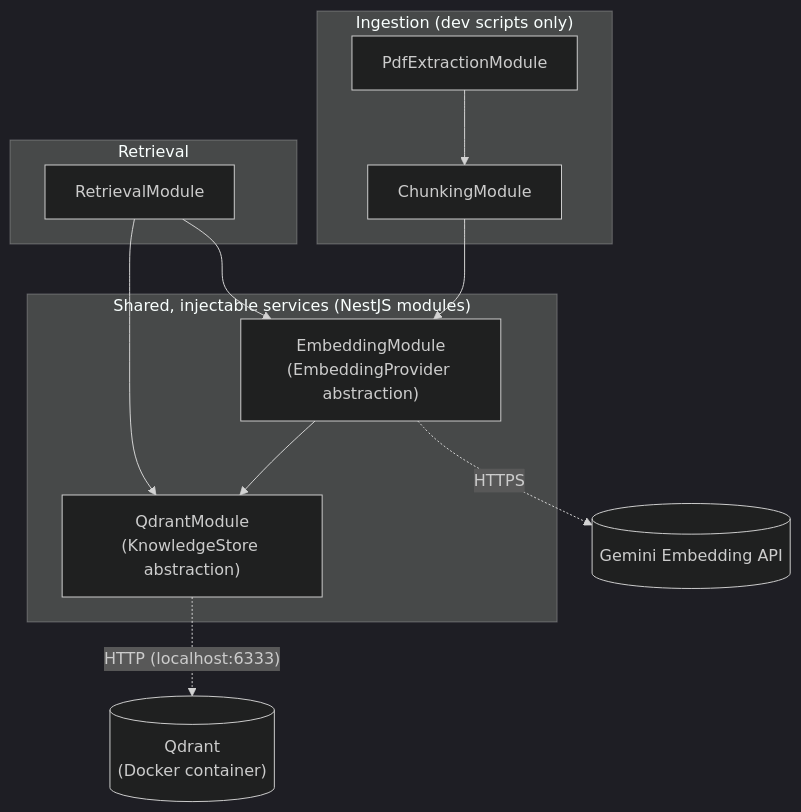
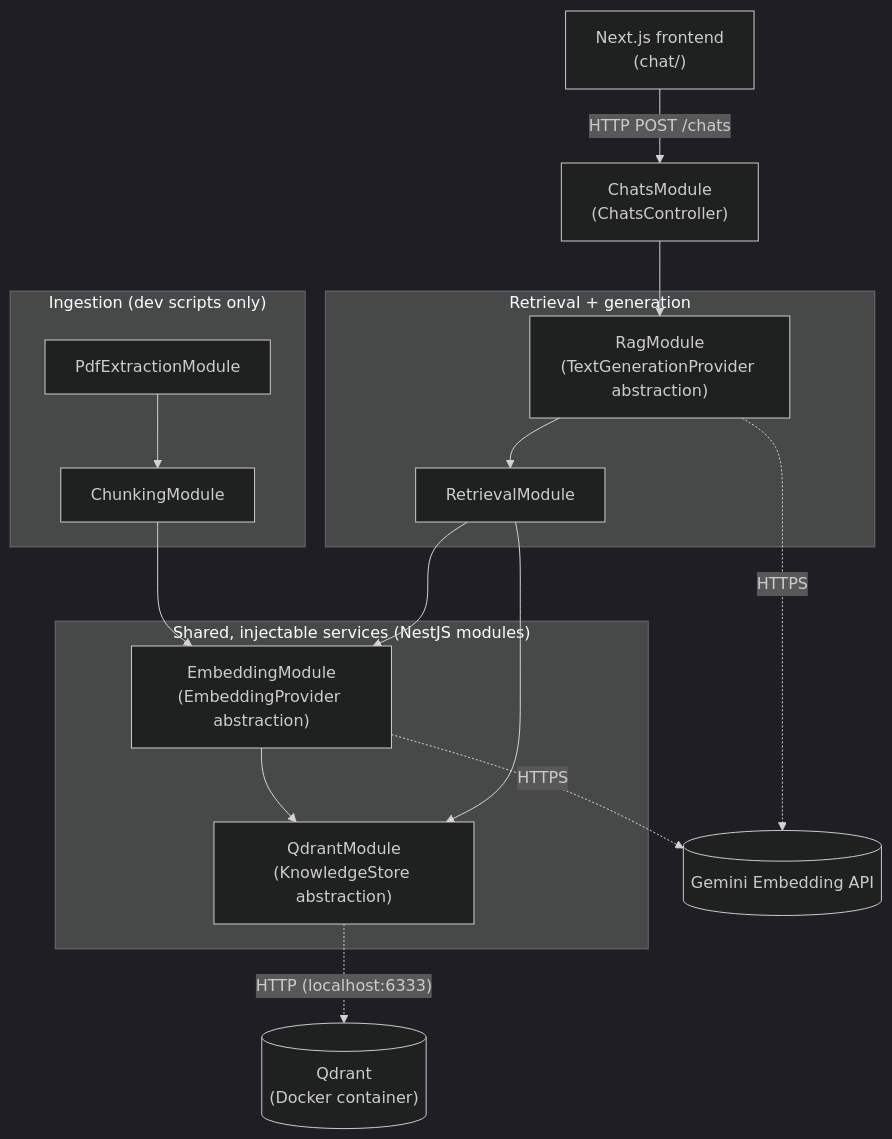
Before and after one commit to Luke7-dev/agentive-service: the fourth of 5 diagrams in README.md, drawn with Mermaid (dark theme). The commit also changed other lines of this file and 18 other files, not shown here.

Commit message:
add RAG & chat endpoints to communicate

````diff
--- a/README.md
+++ b/README.md
@@ -82,23 +108,31 @@
 ```mermaid
 flowchart TB
     subgraph Ingestion["Ingestion (dev scripts only)"]
         PDFMOD["PdfExtractionModule"]
         CHKMOD["ChunkingModule"]
     end
 
     subgraph Shared["Shared, injectable services (NestJS modules)"]
         EMBMOD["EmbeddingModule\n(EmbeddingProvider abstraction)"]
         QDRMOD["QdrantModule\n(KnowledgeStore abstraction)"]
     end
 
-    subgraph Query["Retrieval"]
+    subgraph Query["Retrieval + generation"]
         RETMOD["RetrievalModule"]
+        RAGMOD["RagModule\n(TextGenerationProvider abstraction)"]
     end
+
+    CHATMOD["ChatsModule\n(ChatsController)"]
+    FRONTEND["Next.js frontend\n(chat/)"]
 
     PDFMOD --> CHKMOD --> EMBMOD --> QDRMOD
     RETMOD --> EMBMOD
     RETMOD --> QDRMOD
+    RAGMOD --> RETMOD
+    CHATMOD --> RAGMOD
+    FRONTEND -->|"HTTP POST /chats"| CHATMOD
 
     EMBMOD -.->|"HTTPS"| GEMINI[("Gemini Embedding API")]
+    RAGMOD -.->|"HTTPS"| GEMINI
     QDRMOD -.->|"HTTP (localhost:6333)"| QDRANT[("Qdrant\n(Docker container)")]
 ```
````
